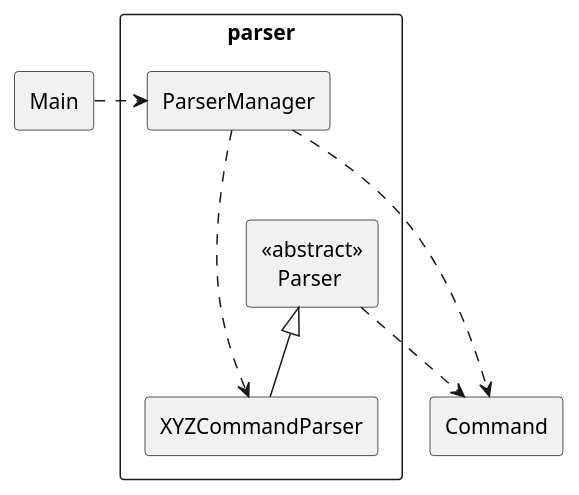
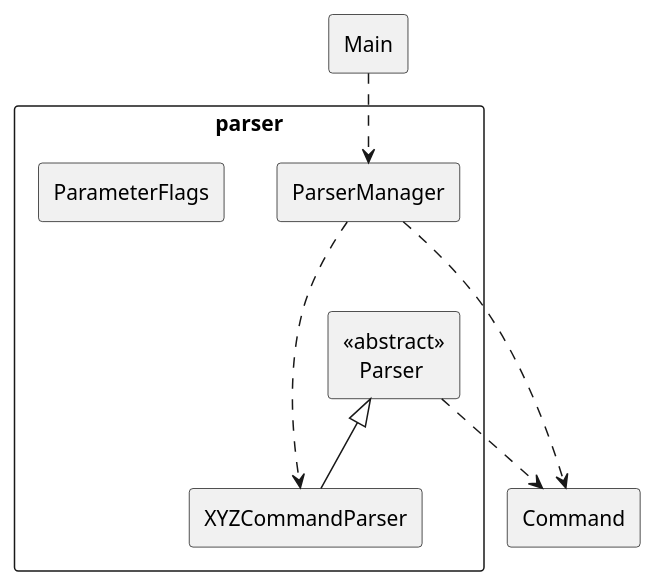
The diagram in docs/diagrams/ParserClassDiagram.puml (jemehgoh/tp), drawn with PlantUML before and after one commit. The commit also changed 2 other files, not shown here.

Commit message:
Update developer guide to include ParameterFlags class

```diff
--- a/docs/diagrams/ParserClassDiagram.puml
+++ b/docs/diagrams/ParserClassDiagram.puml
@@ -1,20 +1,21 @@
 @startuml
 'https://plantuml.com/class-diagram
 
 rectangle "parser" {
     rectangle "<<abstract>>\n   Parser"
     rectangle "ParserManager"
     rectangle "XYZCommandParser"
+    rectangle "ParameterFlags"
 }
 
 rectangle Main
 rectangle Command
 
-Main .> ParserManager
+Main ..> ParserManager
 
 "<<abstract>>\n   Parser" ..> Command
 "<<abstract>>\n   Parser" <|-- "XYZCommandParser"
 ParserManager ...> Command
 ParserManager ...> XYZCommandParser
 
 @enduml
```
